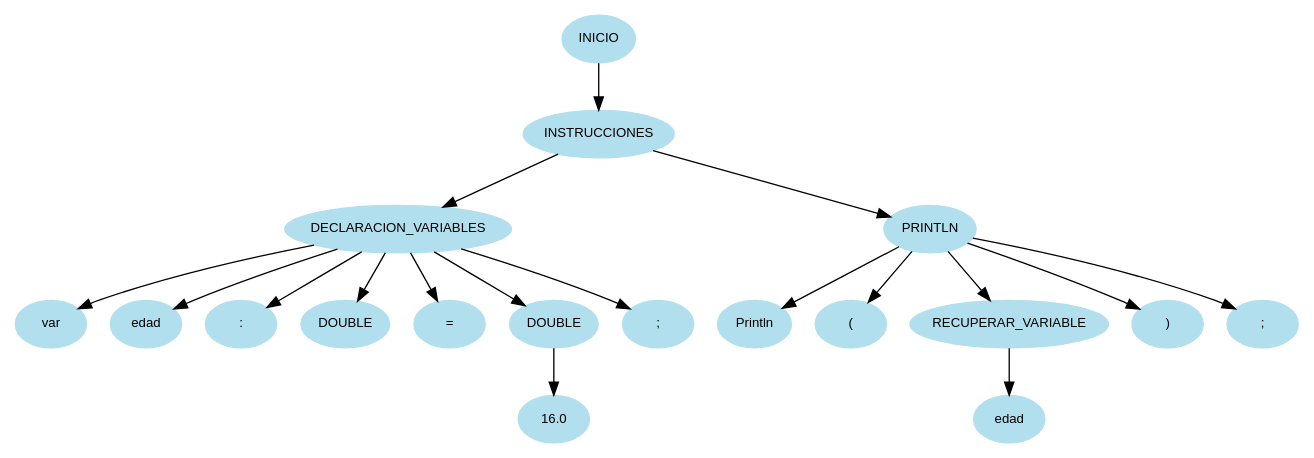
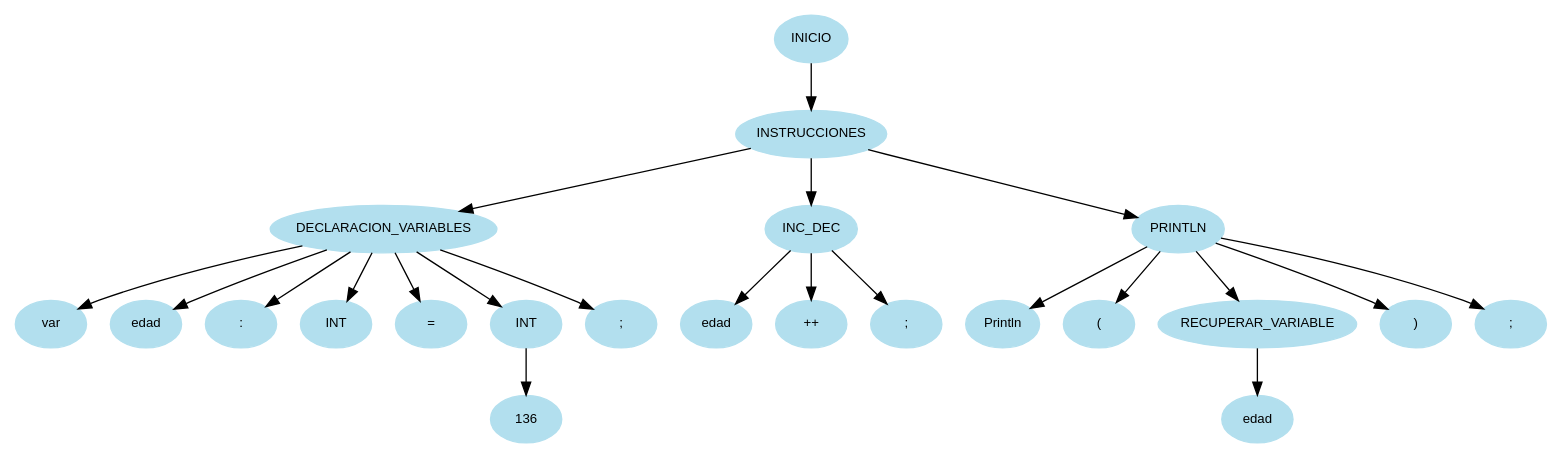
One commit to MMP119/OLC1_JavaCraft changed the diagram in Fase_1/Reports/arbolAST.dot. Above: the diagram before and after it, drawn with Graphviz. The commit also changed 7 other files, not shown here.

```diff
--- a/Fase_1/Reports/arbolAST.dot
+++ b/Fase_1/Reports/arbolAST.dot
@@ -1,39 +1,47 @@
 digraph arbolAST{
 node [shape=oval, style=filled, color=lightblue2, fontname=Helvetica, fontsize=10];
 edge [fontname=Helvetica, fontsize=10];
 n0[label="INICIO"];
 n1[label="INSTRUCCIONES"];
 n0 -> n1;
 n2[label="DECLARACION_VARIABLES"];
 n1 -> n2;
 n3[label="var"];
 n2 -> n3;
 n4[label="edad"];
 n2 -> n4;
 n5[label=":"];
 n2 -> n5;
-n6[label="DOUBLE"];
+n6[label="INT"];
 n2 -> n6;
 n7[label="="];
 n2 -> n7;
-n8[label="DOUBLE"];
+n8[label="INT"];
 n2 -> n8;
-n9[label="16.0"];
+n9[label="136"];
 n8 -> n9;
 n10[label=";"];
 n2 -> n10;
-n11[label="PRINTLN"];
+n11[label="INC_DEC"];
 n1 -> n11;
-n12[label="Println"];
+n12[label="edad"];
 n11 -> n12;
-n13[label="("];
+n13[label="++"];
 n11 -> n13;
-n14[label="RECUPERAR_VARIABLE"];
+n14[label=";"];
 n11 -> n14;
-n15[label="edad"];
-n14 -> n15;
-n16[label=")"];
-n11 -> n16;
-n17[label=";"];
-n11 -> n17;
+n15[label="PRINTLN"];
+n1 -> n15;
+n16[label="Println"];
+n15 -> n16;
+n17[label="("];
+n15 -> n17;
+n18[label="RECUPERAR_VARIABLE"];
+n15 -> n18;
+n19[label="edad"];
+n18 -> n19;
+n20[label=")"];
+n15 -> n20;
+n21[label=";"];
+n15 -> n21;
 }
```
